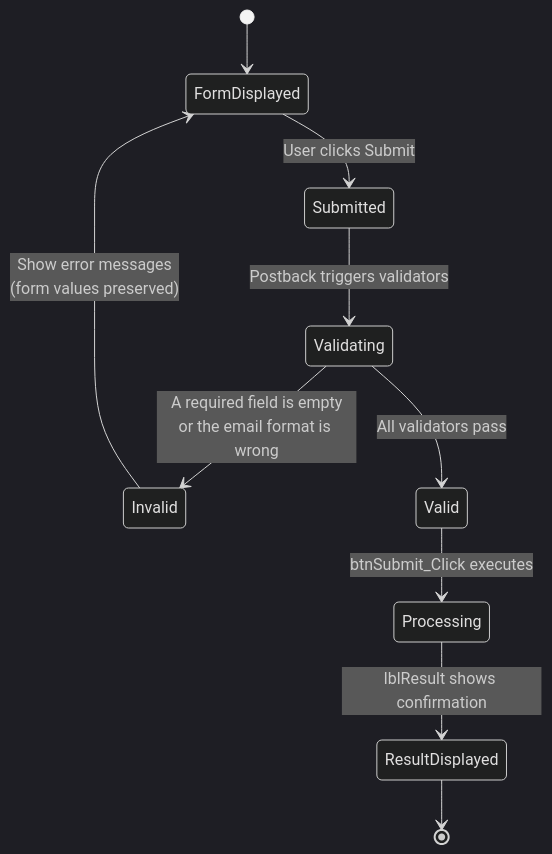
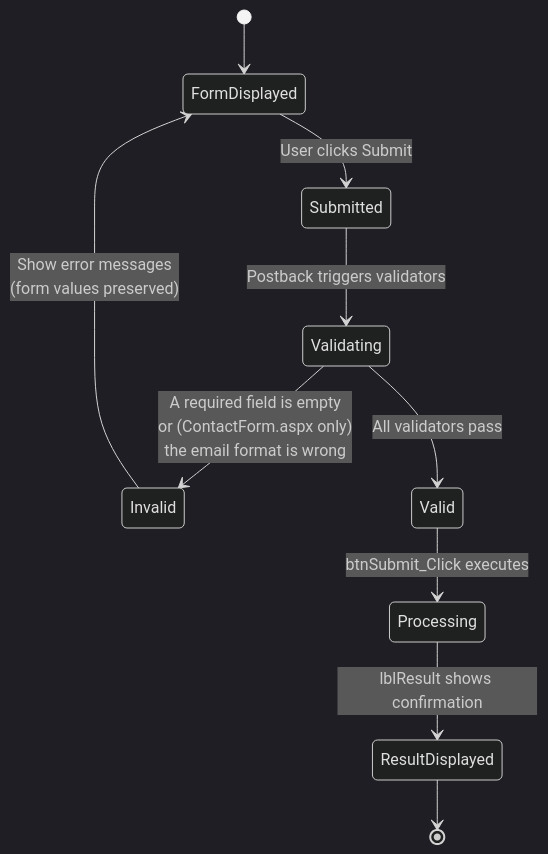
Before and after one commit to Lagmouchyoussef/aspnet-webforms-contact-form: the fifth of 5 diagrams in README.md, drawn with Mermaid (dark theme). The commit also changed other lines of this file and 6 other files, not shown here.

````diff
--- a/README.md
+++ b/README.md
@@ -236,17 +212,17 @@
 ```mermaid
 stateDiagram-v2
     [*] --> FormDisplayed
 
     FormDisplayed --> Submitted : User clicks Submit
 
     Submitted --> Validating : Postback triggers validators
 
-    Validating --> Invalid : A required field is empty<br/>or the email format is wrong
+    Validating --> Invalid : A required field is empty<br/>or (ContactForm.aspx only)<br/>the email format is wrong
     Invalid --> FormDisplayed : Show error messages<br/>(form values preserved)
 
     Validating --> Valid : All validators pass
     Valid --> Processing : btnSubmit_Click executes
     Processing --> ResultDisplayed : lblResult shows confirmation
 
     ResultDisplayed --> [*]
 ```
````
